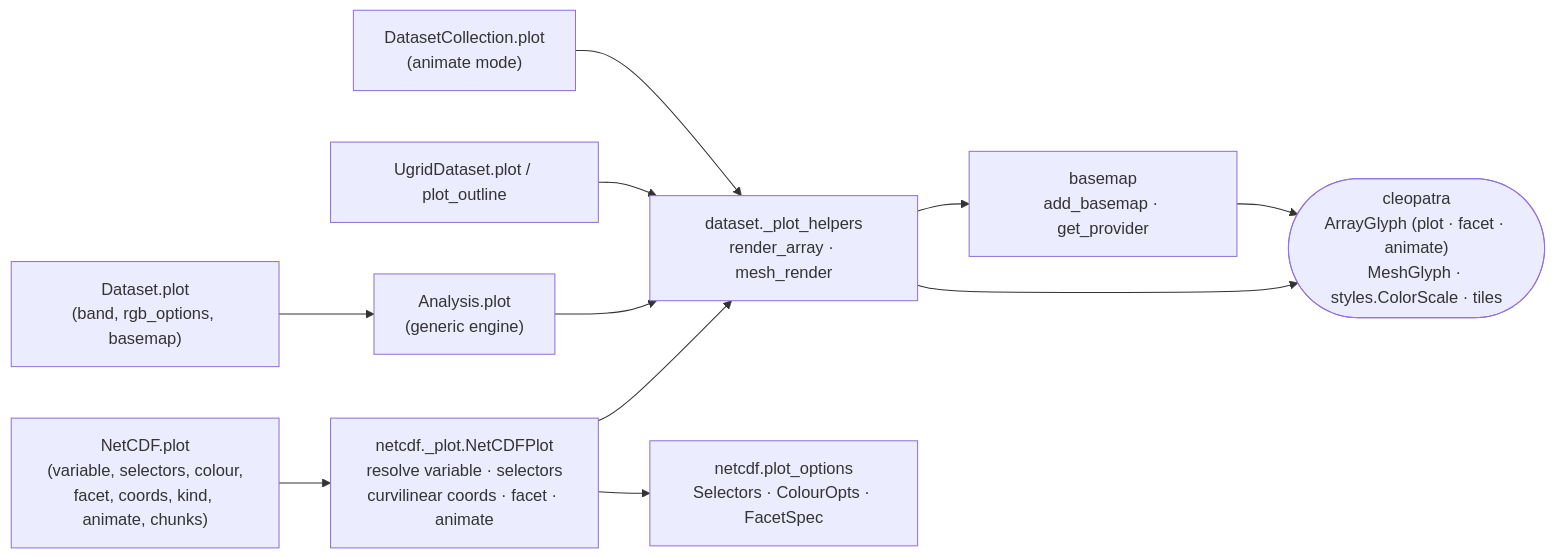
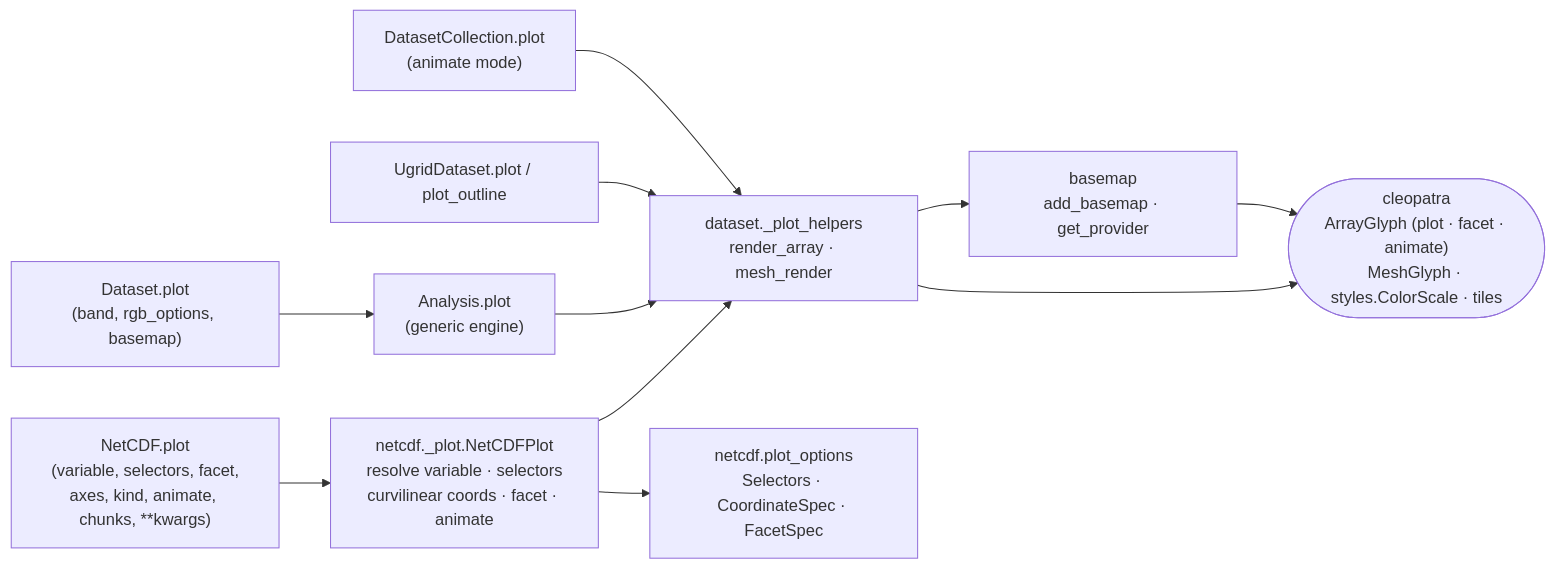
One commit to serapeum-org/pyramids changed the fourth of 4 diagrams in docs/overview/architecture.md. Above: the diagram before and after it, drawn with Mermaid. The commit also changed other lines of this file and 19 other files, not shown here.

First line of the commit message:
refactor(netcdf)!: mirror NetCDF.plot signature on Dataset.plot (#995)

````diff
--- a/docs/overview/architecture.md
+++ b/docs/overview/architecture.md
@@ -135,23 +135,23 @@
 ```mermaid
 graph LR
     DS["Dataset.plot<br/>(band, rgb_options, basemap)"]
-    NC["NetCDF.plot<br/>(variable, selectors, colour,<br/>facet, coords, kind, animate, chunks)"]
+    NC["NetCDF.plot<br/>(variable, selectors, facet,<br/>axes, kind, animate, chunks, **kwargs)"]
     DC["DatasetCollection.plot<br/>(animate mode)"]
     UG["UgridDataset.plot / plot_outline"]
     AN["Analysis.plot<br/>(generic engine)"]
 
     NCP["netcdf._plot.NetCDFPlot<br/>resolve variable · selectors<br/>curvilinear coords · facet · animate"]
-    OPTS["netcdf.plot_options<br/>Selectors · ColourOpts · FacetSpec"]
+    OPTS["netcdf.plot_options<br/>Selectors · CoordinateSpec · FacetSpec"]
     RC["dataset._plot_helpers<br/>render_array · mesh_render"]
     BM["basemap<br/>add_basemap · get_provider"]
     CLEO(["cleopatra<br/>ArrayGlyph (plot · facet · animate)<br/>MeshGlyph · styles.ColorScale · tiles"])
 
     DS --> AN --> RC
     NC --> NCP --> RC
     NCP --> OPTS
     DC --> RC
     UG --> RC
     RC --> BM
     RC --> CLEO
     BM --> CLEO
 ```
````
